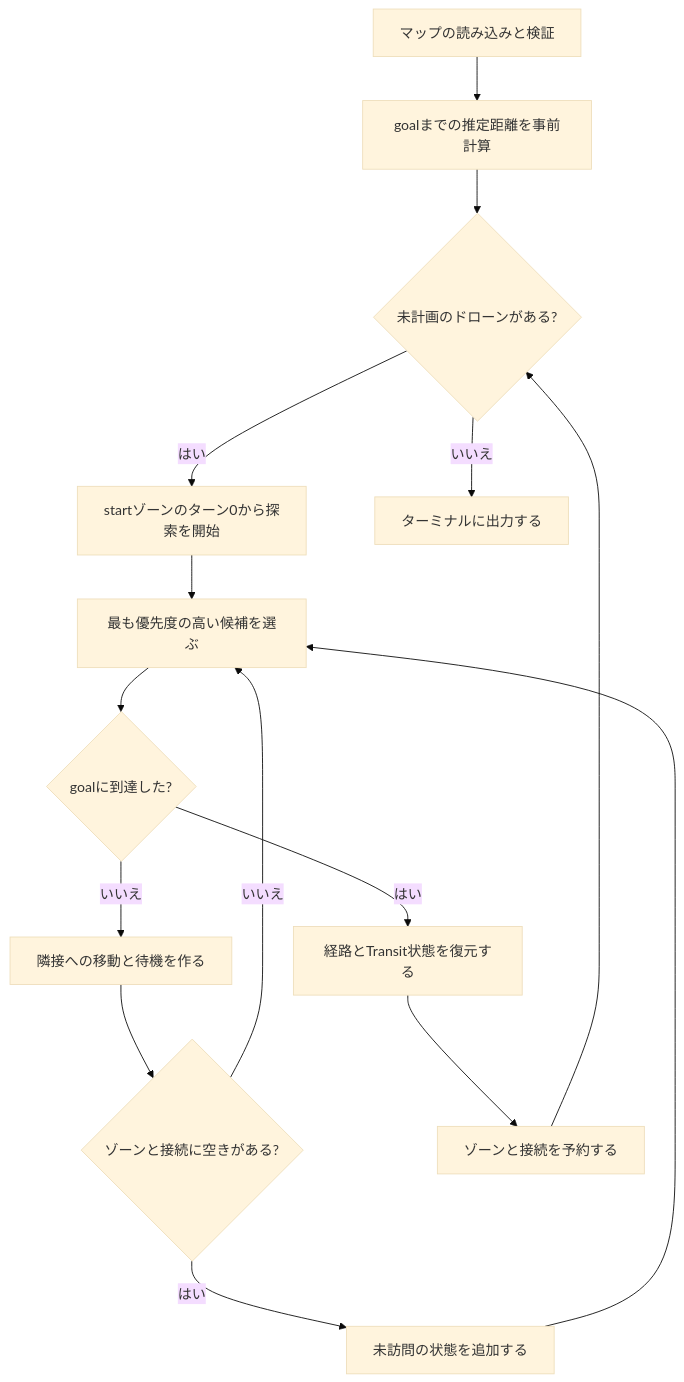
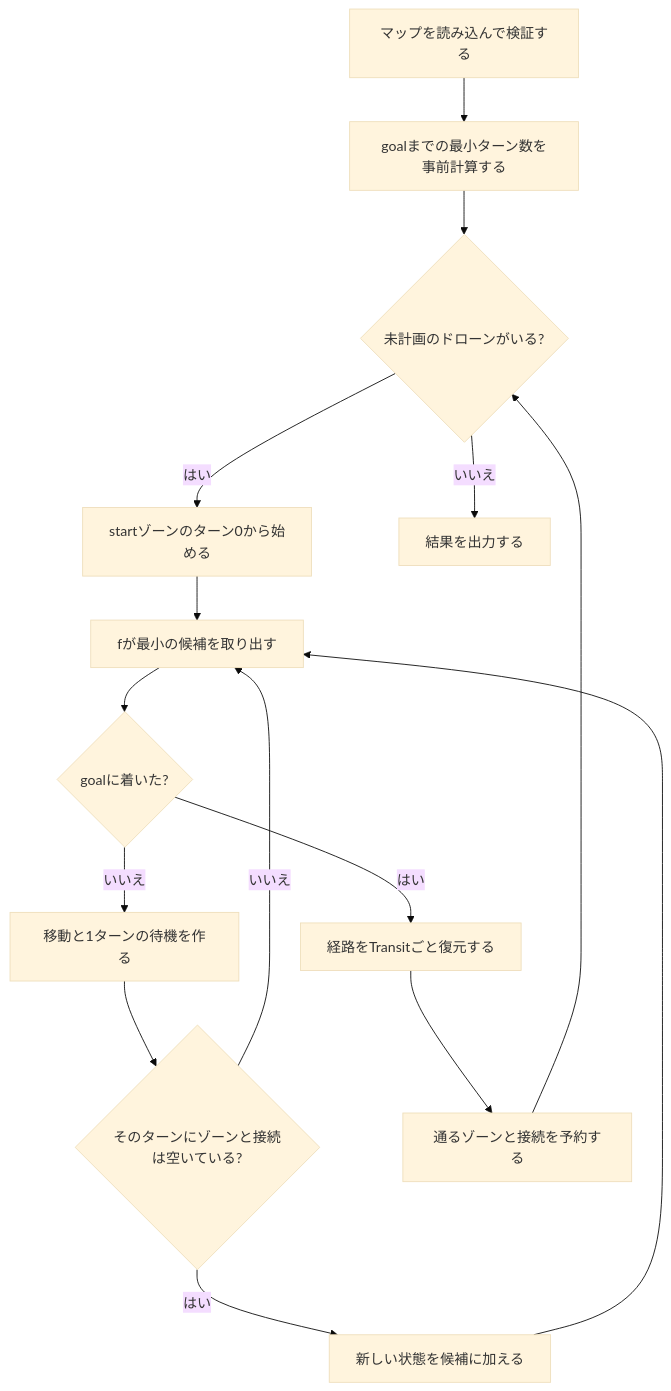
Before and after one commit to tsito2602/42cursus-fly_in: the second of 2 diagrams in README.md, drawn with Mermaid (base theme). The commit also changed other lines of this file, not shown here.

```diff
--- a/README.md
+++ b/README.md
@@ -680,17 +432,17 @@
 ~~~mermaid
 flowchart TD
-    A["マップの読み込みと検証"] --> B["goalまでの推定距離を事前計算"]
-    B --> C{"未計画のドローンがある?"}
-    C -- はい --> D["startゾーンのターン0から探索を開始"]
-    D --> E["最も優先度の高い候補を選ぶ"]
-    E --> F{"goalに到達した?"}
-    F -- いいえ --> G["隣接への移動と待機を作る"]
-    G --> H{"ゾーンと接続に空きがある?"}
+    A["マップを読み込んで検証する"] --> B["goalまでの最小ターン数を事前計算する"]
+    B --> C{"未計画のドローンがいる?"}
+    C -- はい --> D["startゾーンのターン0から始める"]
+    D --> E["fが最小の候補を取り出す"]
+    E --> F{"goalに着いた?"}
+    F -- いいえ --> G["移動と1ターンの待機を作る"]
+    G --> H{"そのターンにゾーンと接続は空いている?"}
     H -- いいえ --> E
-    H -- はい --> I["未訪問の状態を追加する"]
+    H -- はい --> I["新しい状態を候補に加える"]
     I --> E
-    F -- はい --> J["経路とTransit状態を復元する"]
-    J --> K["ゾーンと接続を予約する"]
+    F -- はい --> J["経路をTransitごと復元する"]
+    J --> K["通るゾーンと接続を予約する"]
     K --> C
-    C -- いいえ --> L["ターミナルに出力する"]
+    C -- いいえ --> L["結果を出力する"]
 ~~~
```
